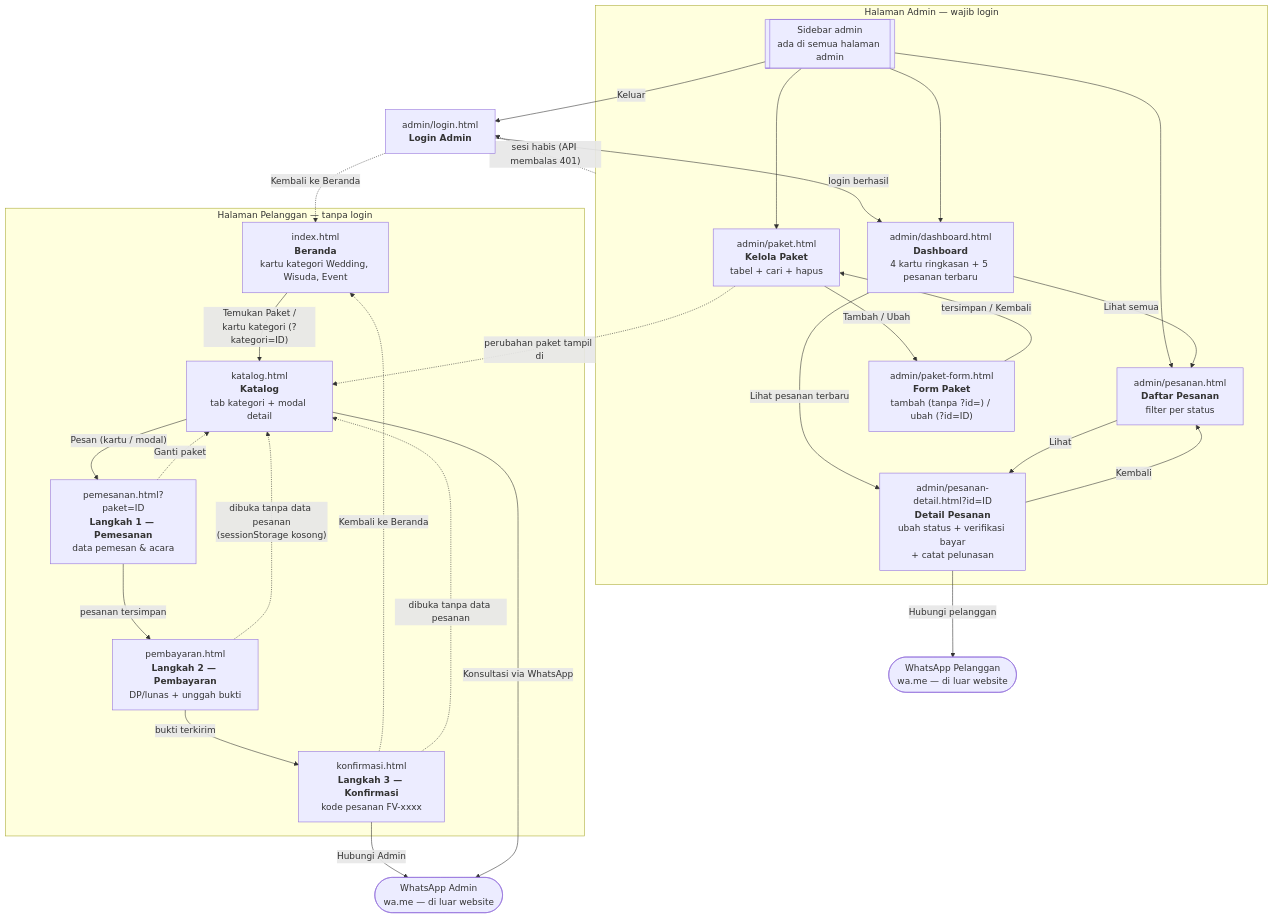
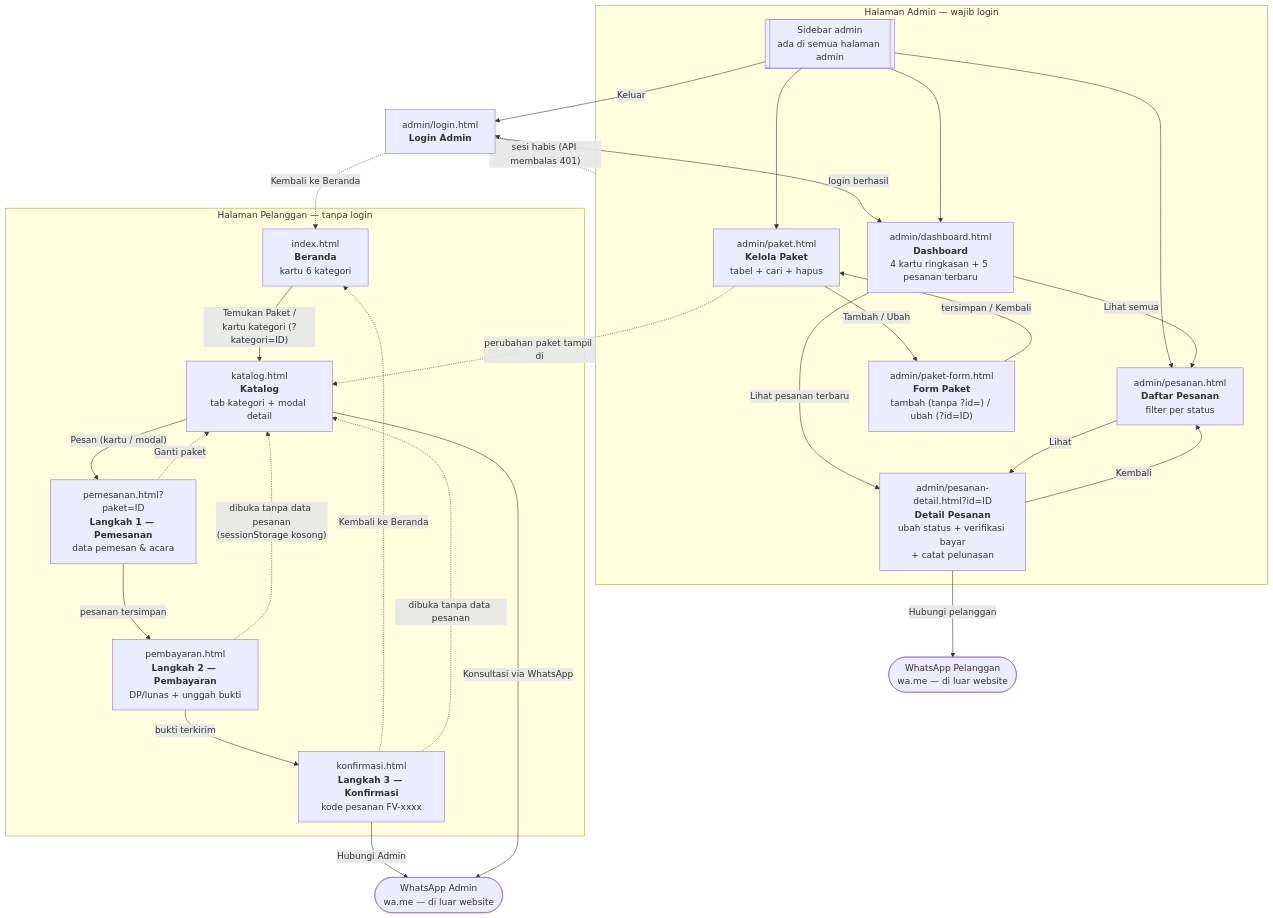
Before and after one commit to gustirizqon123-ops/Website_Jasa_PhotoVideo_SistemOperasi: the first of 2 diagrams in SITEMAP.md, drawn with Mermaid. The commit also changed other lines of this file and 20 other files, not shown here.

````diff
--- a/SITEMAP.md
+++ b/SITEMAP.md
@@ -11,56 +11,56 @@
 ```mermaid
 flowchart TD
     subgraph publik["Halaman Pelanggan — tanpa login"]
-        beranda["index.html<br/><b>Beranda</b><br/>kartu kategori Wedding, Wisuda, Event"]
+        beranda["index.html<br/><b>Beranda</b><br/>kartu 6 kategori"]
         katalog["katalog.html<br/><b>Katalog</b><br/>tab kategori + modal detail"]
         pemesanan["pemesanan.html?paket=ID<br/><b>Langkah 1 — Pemesanan</b><br/>data pemesan & acara"]
         bayar["pembayaran.html<br/><b>Langkah 2 — Pembayaran</b><br/>DP/lunas + unggah bukti"]
         selesai["konfirmasi.html<br/><b>Langkah 3 — Konfirmasi</b><br/>kode pesanan FV-xxxx"]
     end
 
     wa(["WhatsApp Admin<br/>wa.me — di luar website"])
     wapel(["WhatsApp Pelanggan<br/>wa.me — di luar website"])
 
     login["admin/login.html<br/><b>Login Admin</b>"]
 
     subgraph adminarea["Halaman Admin — wajib login"]
         sidebar[["Sidebar admin<br/>ada di semua halaman admin"]]
         dashboard["admin/dashboard.html<br/><b>Dashboard</b><br/>4 kartu ringkasan + 5 pesanan terbaru"]
         daftar["admin/pesanan.html<br/><b>Daftar Pesanan</b><br/>filter per status"]
         detail["admin/pesanan-detail.html?id=ID<br/><b>Detail Pesanan</b><br/>ubah status + verifikasi bayar<br/>+ catat pelunasan"]
         paket["admin/paket.html<br/><b>Kelola Paket</b><br/>tabel + cari + hapus"]
         paketform["admin/paket-form.html<br/><b>Form Paket</b><br/>tambah (tanpa ?id=) / ubah (?id=ID)"]
     end
 
     %% Alur utama pelanggan
     beranda -->|"Temukan Paket /<br/>kartu kategori (?kategori=ID)"| katalog
     katalog -->|"Pesan (kartu / modal)"| pemesanan
     pemesanan -->|pesanan tersimpan| bayar
     bayar -->|bukti terkirim| selesai
     selesai -->|Hubungi Admin| wa
     katalog -->|Konsultasi via WhatsApp| wa
 
     %% Tautan balik pelanggan
     pemesanan -.->|Ganti paket| katalog
     selesai -.->|Kembali ke Beranda| beranda
     bayar -.->|"dibuka tanpa data pesanan<br/>(sessionStorage kosong)"| katalog
     selesai -.->|"dibuka tanpa data pesanan"| katalog
 
     %% Admin
     login -->|login berhasil| dashboard
     login -.->|Kembali ke Beranda| beranda
     sidebar --> dashboard
     sidebar --> daftar
     sidebar --> paket
     sidebar -->|Keluar| login
     adminarea -.->|"sesi habis (API membalas 401)"| login
 
     dashboard -->|Lihat semua| daftar
     dashboard -->|Lihat pesanan terbaru| detail
     daftar -->|Lihat| detail
     detail -->|Kembali| daftar
     detail -->|Hubungi pelanggan| wapel
     paket -->|Tambah / Ubah| paketform
     paketform -->|"tersimpan / Kembali"| paket
     paket -.->|perubahan paket tampil di| katalog
 ```
````
